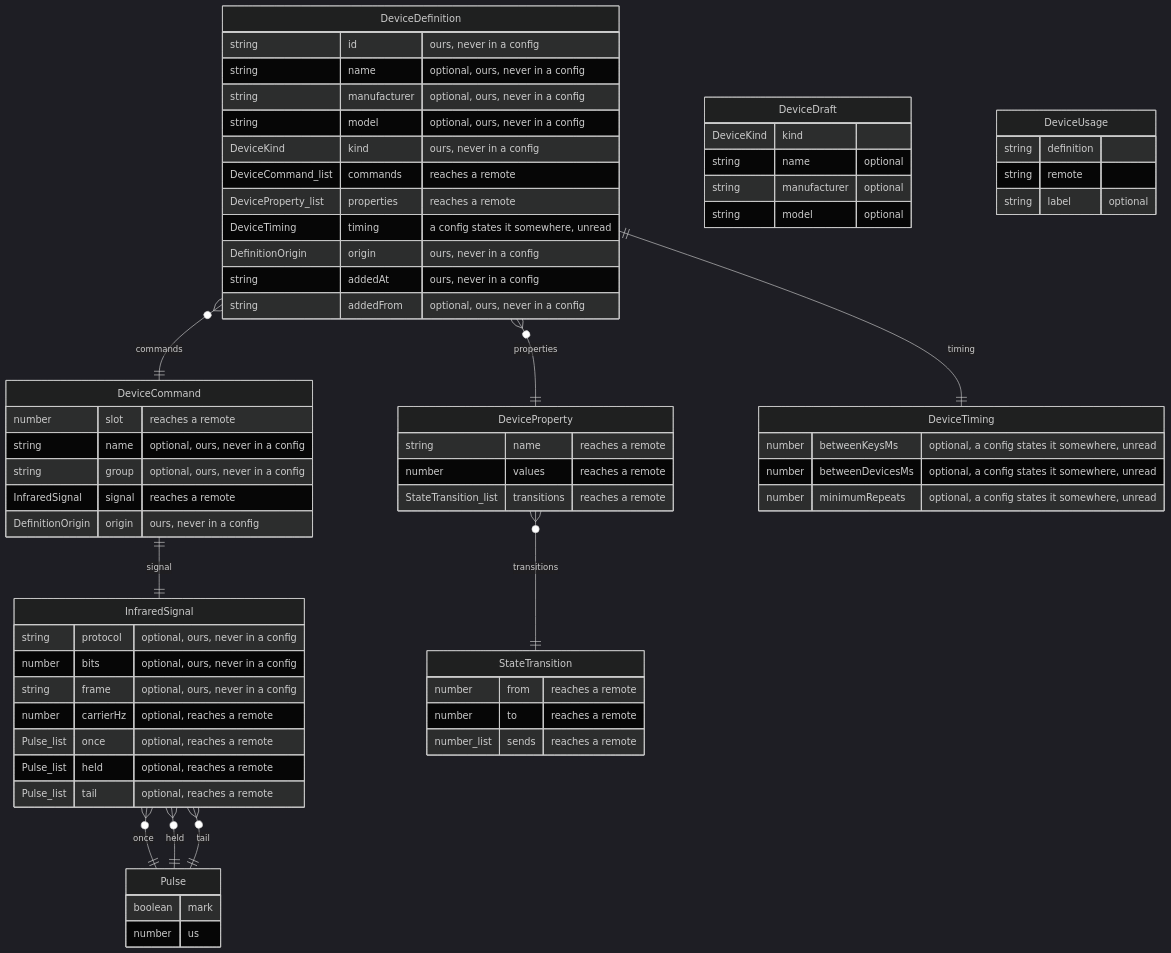
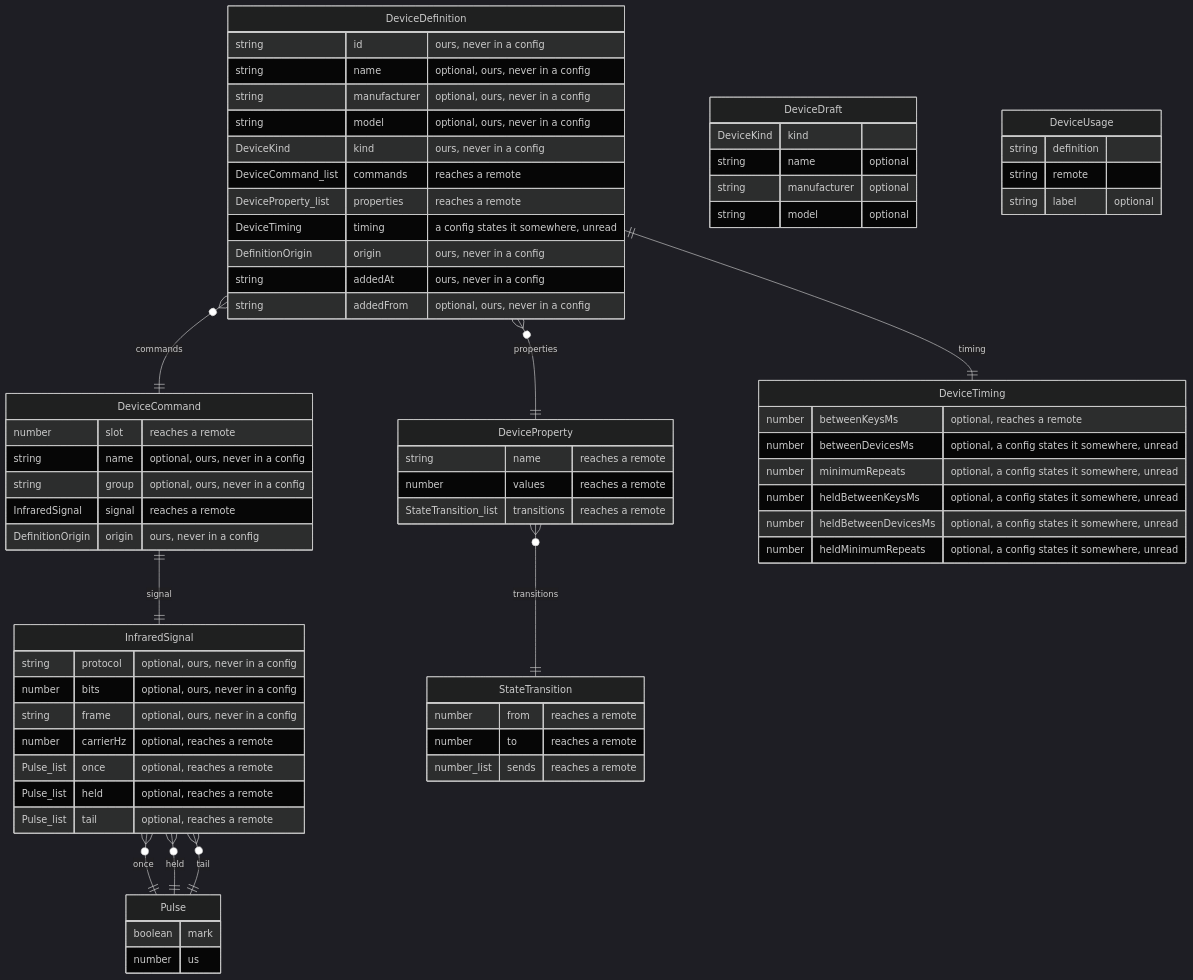
The second of 2 diagrams in docs/data-model.md (dannybloe/FreeHarmony), drawn with Mermaid (dark theme) before and after one commit. The commit also changed other lines of this file and 12 other files, not shown here.

````diff
--- a/docs/data-model.md
+++ b/docs/data-model.md
@@ -145,70 +167,73 @@
 ```mermaid
 erDiagram
   Pulse {
     boolean mark
     number us
   }
   InfraredSignal {
     string protocol "optional, ours, never in a config"
     number bits "optional, ours, never in a config"
     string frame "optional, ours, never in a config"
     number carrierHz "optional, reaches a remote"
     Pulse_list once "optional, reaches a remote"
     Pulse_list held "optional, reaches a remote"
     Pulse_list tail "optional, reaches a remote"
   }
   DeviceCommand {
     number slot "reaches a remote"
     string name "optional, ours, never in a config"
     string group "optional, ours, never in a config"
     InfraredSignal signal "reaches a remote"
     DefinitionOrigin origin "ours, never in a config"
   }
   StateTransition {
     number from "reaches a remote"
     number to "reaches a remote"
     number_list sends "reaches a remote"
   }
   DeviceProperty {
     string name "reaches a remote"
     number values "reaches a remote"
     StateTransition_list transitions "reaches a remote"
   }
   DeviceTiming {
-    number betweenKeysMs "optional, a config states it somewhere, unread"
+    number betweenKeysMs "optional, reaches a remote"
     number betweenDevicesMs "optional, a config states it somewhere, unread"
     number minimumRepeats "optional, a config states it somewhere, unread"
+    number heldBetweenKeysMs "optional, a config states it somewhere, unread"
+    number heldBetweenDevicesMs "optional, a config states it somewhere, unread"
+    number heldMinimumRepeats "optional, a config states it somewhere, unread"
   }
   DeviceDefinition {
     string id "ours, never in a config"
     string name "optional, ours, never in a config"
     string manufacturer "optional, ours, never in a config"
     string model "optional, ours, never in a config"
     DeviceKind kind "ours, never in a config"
     DeviceCommand_list commands "reaches a remote"
     DeviceProperty_list properties "reaches a remote"
     DeviceTiming timing "a config states it somewhere, unread"
     DefinitionOrigin origin "ours, never in a config"
     string addedAt "ours, never in a config"
     string addedFrom "optional, ours, never in a config"
   }
   DeviceDraft {
     DeviceKind kind
     string name "optional"
     string manufacturer "optional"
     string model "optional"
   }
   DeviceUsage {
     string definition
     string remote
     string label "optional"
   }
   InfraredSignal }o--|| Pulse : once
   InfraredSignal }o--|| Pulse : held
   InfraredSignal }o--|| Pulse : tail
   DeviceCommand ||--|| InfraredSignal : signal
   DeviceProperty }o--|| StateTransition : transitions
   DeviceDefinition }o--|| DeviceCommand : commands
   DeviceDefinition }o--|| DeviceProperty : properties
   DeviceDefinition ||--|| DeviceTiming : timing
 ```
````
